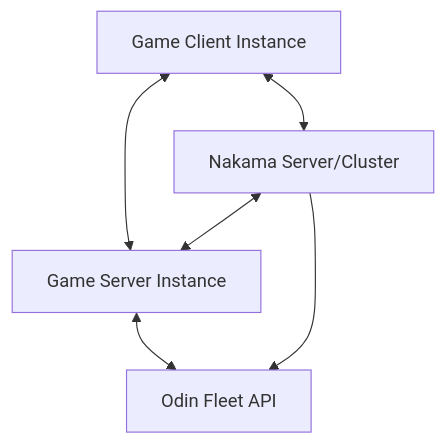
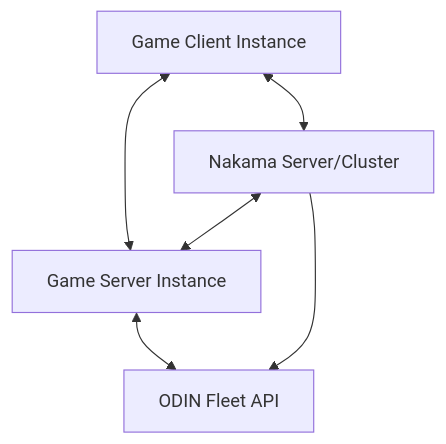
The first of 4 diagrams in README.md (4Players/odin-nakama-fleet-manager), drawn with Mermaid before and after one commit. The commit also changed other lines of this file, not shown here.

````diff
--- a/README.md
+++ b/README.md
@@ -32,8 +32,8 @@
 ```mermaid
 flowchart TD
     C[Game Client Instance] <--> A
     C <--> B[Game Server Instance]
     A[Nakama Server/Cluster] <--> B
     B <--> D
-    A --> D[Odin Fleet API]
+    A --> D[ODIN Fleet API]
 ```
````
